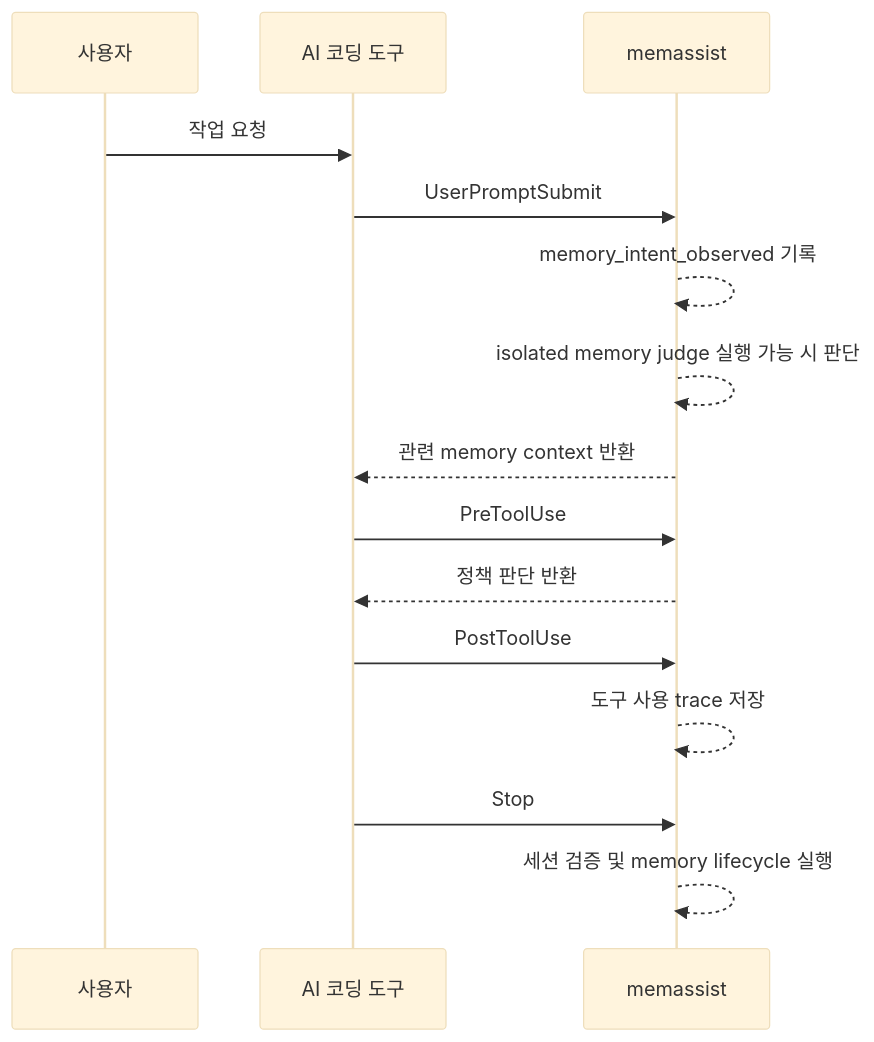
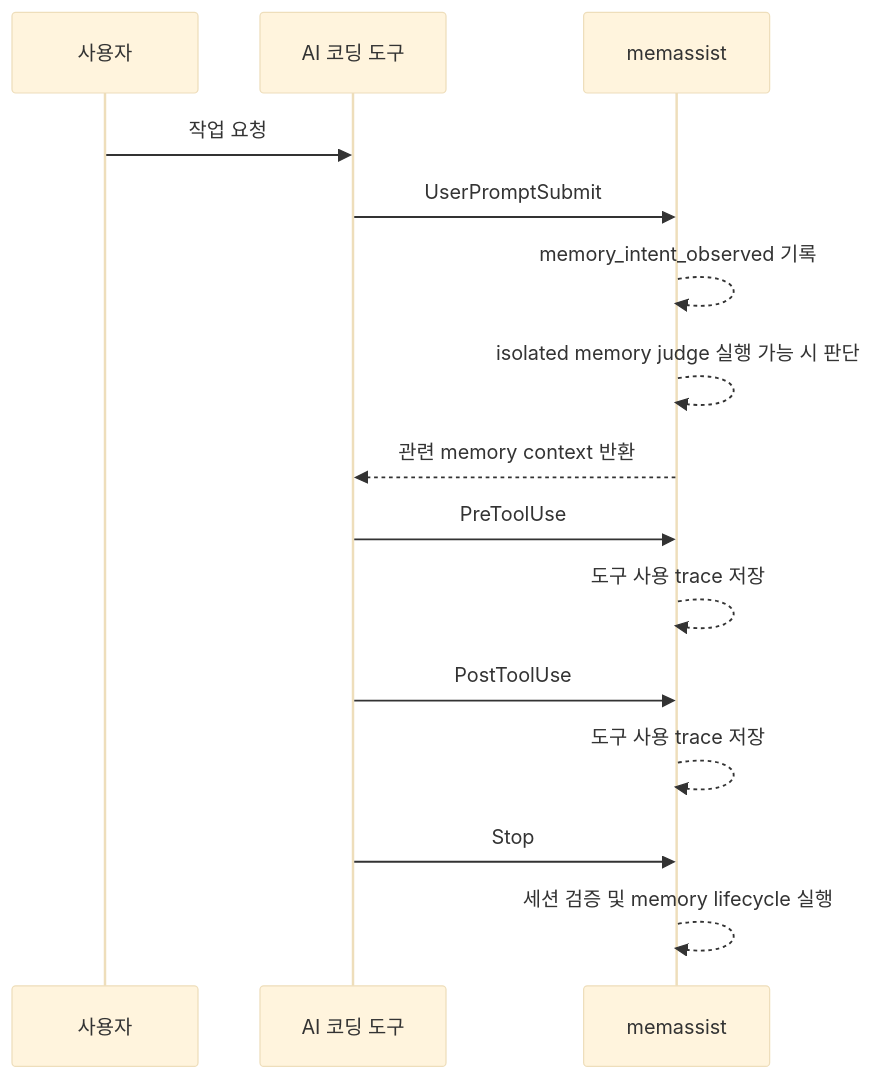
The second of 8 diagrams in README.md (lteawoo/MemAssist), drawn with Mermaid (base theme) before and after one commit. The commit also changed other lines of this file and 13 other files, not shown here.

````diff
--- a/README.md
+++ b/README.md
@@ -132,18 +131,18 @@
 ```mermaid
 sequenceDiagram
     participant U as 사용자
     participant A as AI 코딩 도구
     participant M as memassist
 
     U->>A: 작업 요청
     A->>M: UserPromptSubmit
     M-->>M: memory_intent_observed 기록
     M-->>M: isolated memory judge 실행 가능 시 판단
     M-->>A: 관련 memory context 반환
     A->>M: PreToolUse
-    M-->>A: 정책 판단 반환
+    M-->>M: 도구 사용 trace 저장
     A->>M: PostToolUse
     M-->>M: 도구 사용 trace 저장
     A->>M: Stop
     M-->>M: 세션 검증 및 memory lifecycle 실행
 ```
````
